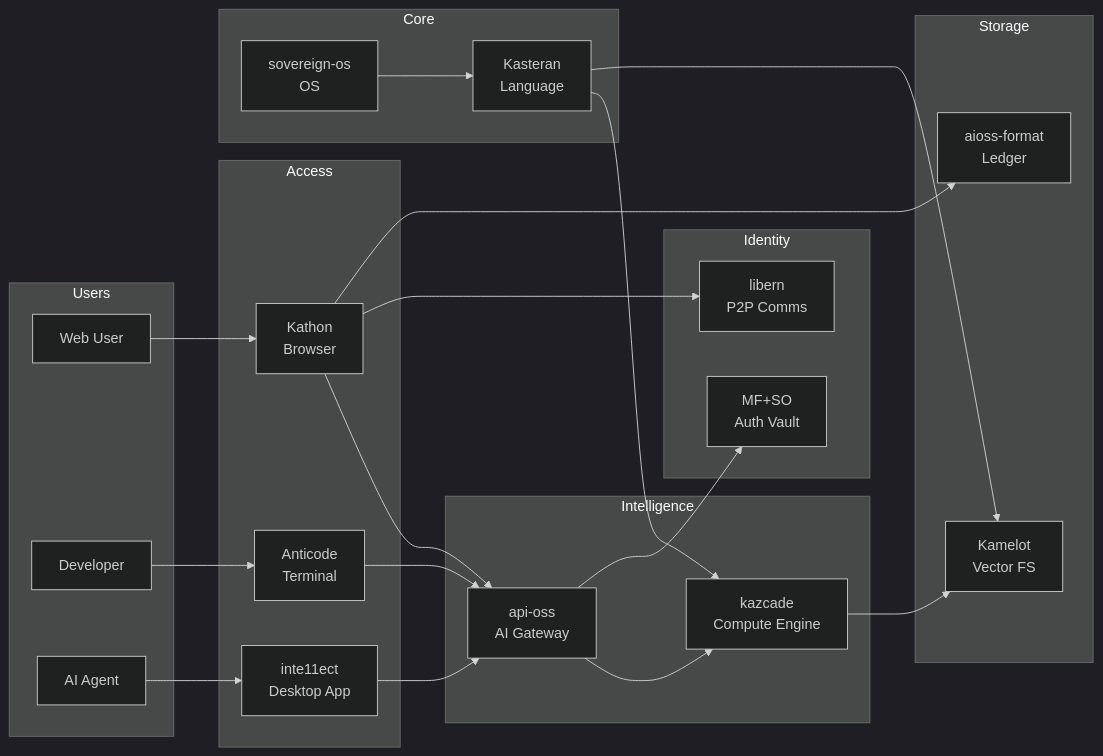
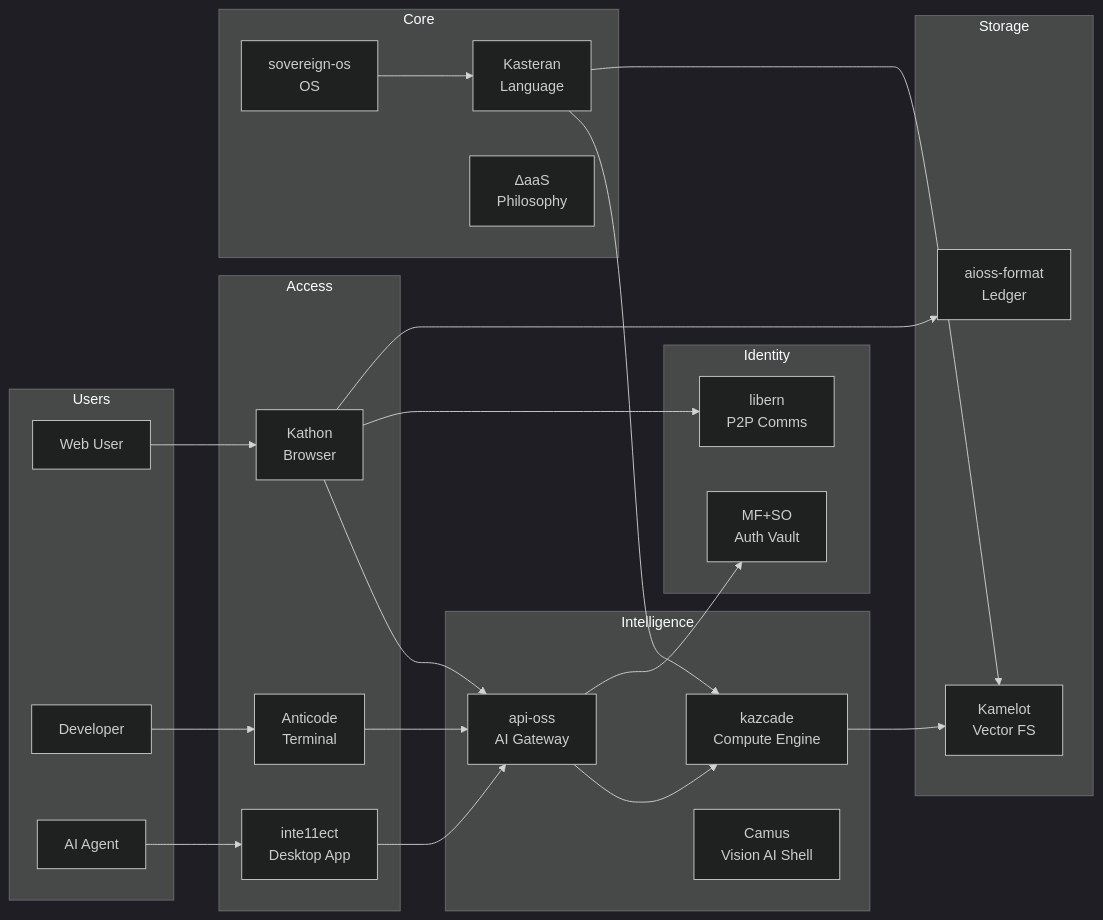
One commit to kleinnner/Anticloud changed the diagram in website/docs/projects.md. Above: the diagram before and after it, drawn with Mermaid (dark theme). The commit also changed other lines of this file and 4 other files, not shown here.

Commit message:
Add hreflang, geo meta, canonical, create Camus & ΔaaS doc pages, update project index

````diff
--- a/website/docs/projects.md
+++ b/website/docs/projects.md
@@ -16,49 +16,51 @@
 ```mermaid
 flowchart LR
     subgraph Users
         U1[Web User]
         U2[Developer]
         U3[AI Agent]
     end
 
     subgraph Access
         KA[Kathon<br/>Browser]
         AK[Anticode<br/>Terminal]
         IT[inte11ect<br/>Desktop App]
     end
 
     subgraph Intelligence
         AO[api-oss<br/>AI Gateway]
         KC[kazcade<br/>Compute Engine]
+        CM[Camus<br/>Vision AI Shell]
     end
 
     subgraph Storage
         KM[Kamelot<br/>Vector FS]
         AF[aioss-format<br/>Ledger]
     end
 
     subgraph Identity
         MF[MF+SO<br/>Auth Vault]
         LI[libern<br/>P2P Comms]
     end
 
     subgraph Core
         KS[Kasteran<br/>Language]
         SO[sovereign-os<br/>OS]
+        DS[ΔaaS<br/>Philosophy]
     end
 
     U1 --> KA
     U2 --> AK
     U3 --> IT
     KA --> AO
     AK --> AO
     IT --> AO
     AO --> KC
     AO --> MF
     KA --> LI
     KC --> KM
     KA --> AF
     SO --> KS
     KS --> KC
     KS --> KM
 ```
````
